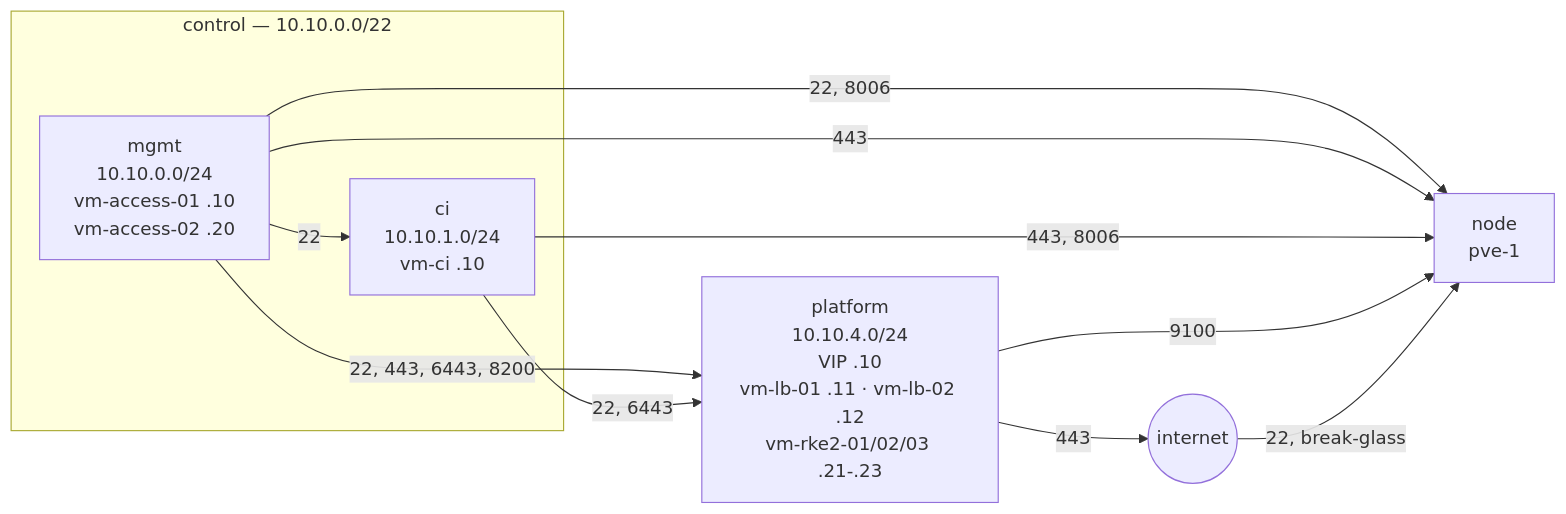
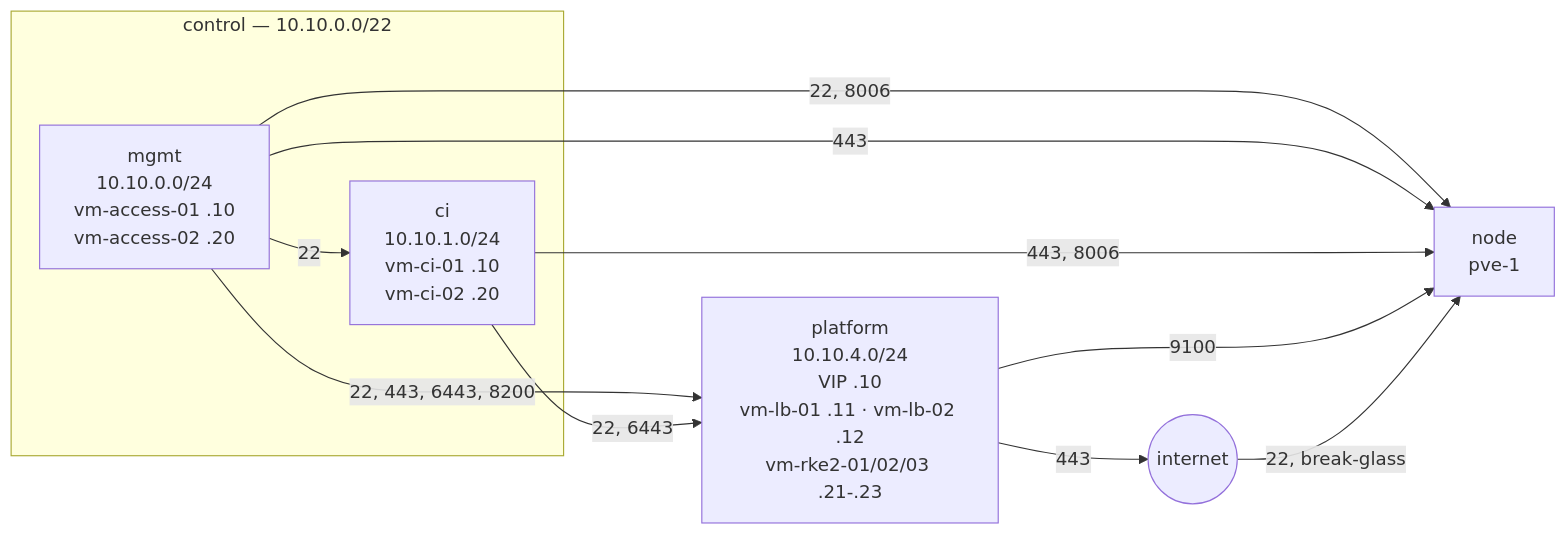
One commit to 0xc0-homelab/infrastructure changed the third of 7 diagrams in docs/architecture.md. Above: the diagram before and after it, drawn with Mermaid. The commit also changed other lines of this file and 15 other files, not shown here.

````diff
--- a/docs/architecture.md
+++ b/docs/architecture.md
@@ -111,20 +111,20 @@
 ```mermaid
 flowchart LR
   subgraph control["control — 10.10.0.0/22"]
     mgmt["mgmt<br/>10.10.0.0/24<br/>vm-access-01 .10<br/>vm-access-02 .20"]
-    ci["ci<br/>10.10.1.0/24<br/>vm-ci .10"]
+    ci["ci<br/>10.10.1.0/24<br/>vm-ci-01 .10<br/>vm-ci-02 .20"]
   end
   platform["platform<br/>10.10.4.0/24<br/>VIP .10<br/>vm-lb-01 .11 · vm-lb-02 .12<br/>vm-rke2-01/02/03 .21-.23"]
   node["node<br/>pve-1"]
   internet(("internet"))
 
   mgmt -- "22" --> ci
   mgmt -- "22, 443, 6443, 8200" --> platform
   mgmt -- "22, 8006" --> node
   mgmt -- "443" --> node
   ci -- "22, 6443" --> platform
   ci -- "443, 8006" --> node
   platform -- "9100" --> node
   platform -- "443" --> internet
   internet -- "22, break-glass" --> node
 ```
````
